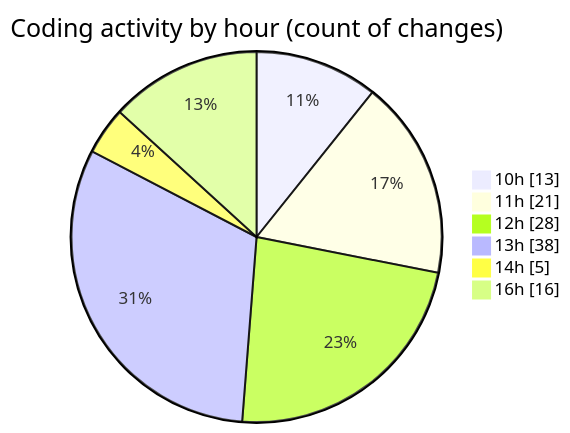
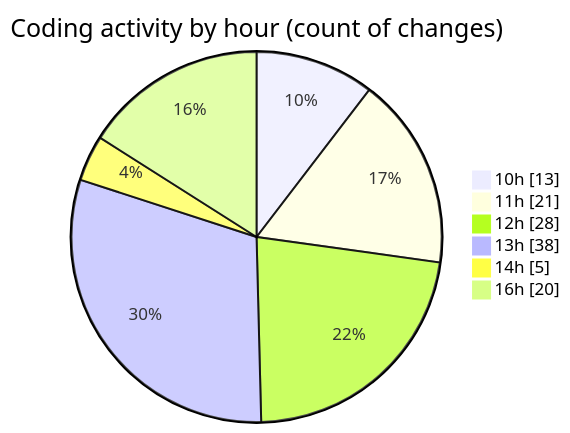
One commit to momahboobian/code-tracking changed the second of 2 diagrams in 2025-06-19/cda/README.md. Above: the diagram before and after it, drawn with Mermaid. The commit also changed other lines of this file and 1 other file, not shown here.

````diff
--- a/2025-06-19/cda/README.md
+++ b/2025-06-19/cda/README.md
@@ -45,10 +47,10 @@
 ```mermaid
 pie showData
 title Coding activity by hour (count of changes)
 "10h" : 13
 "11h" : 21
 "12h" : 28
 "13h" : 38
 "14h" : 5
-"16h" : 16
+"16h" : 20
 ```
````
